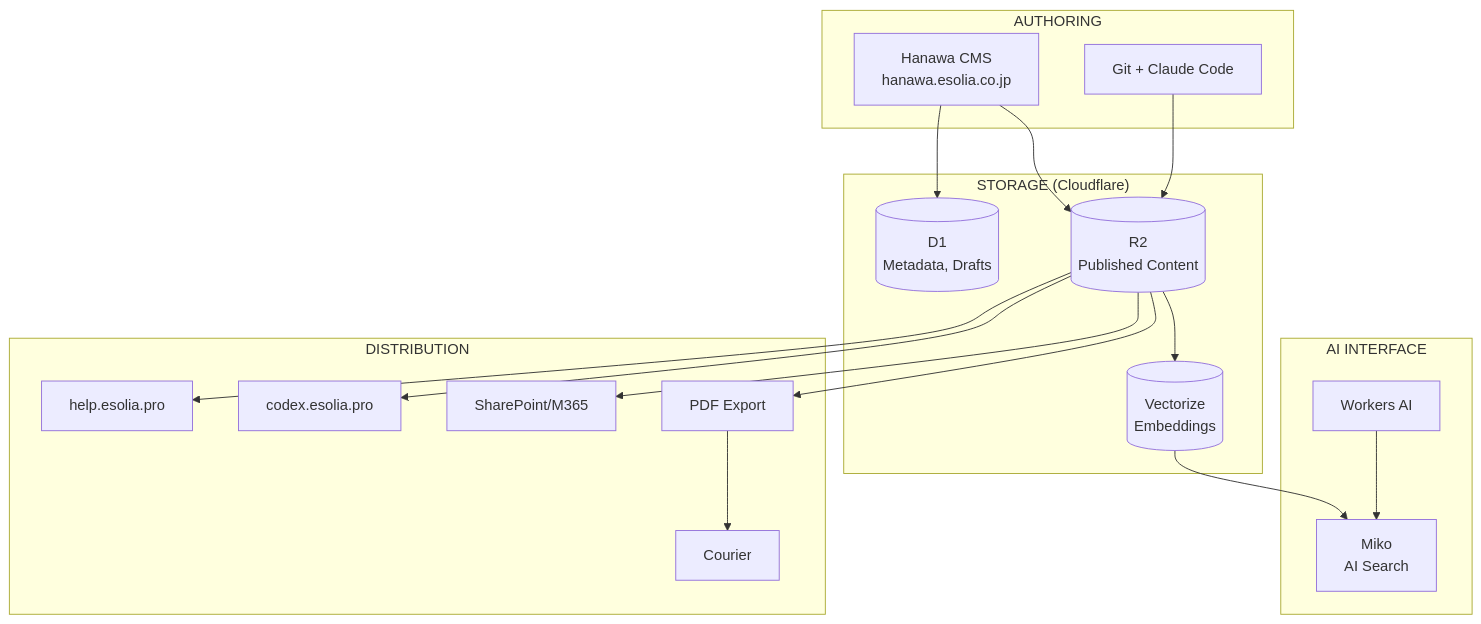
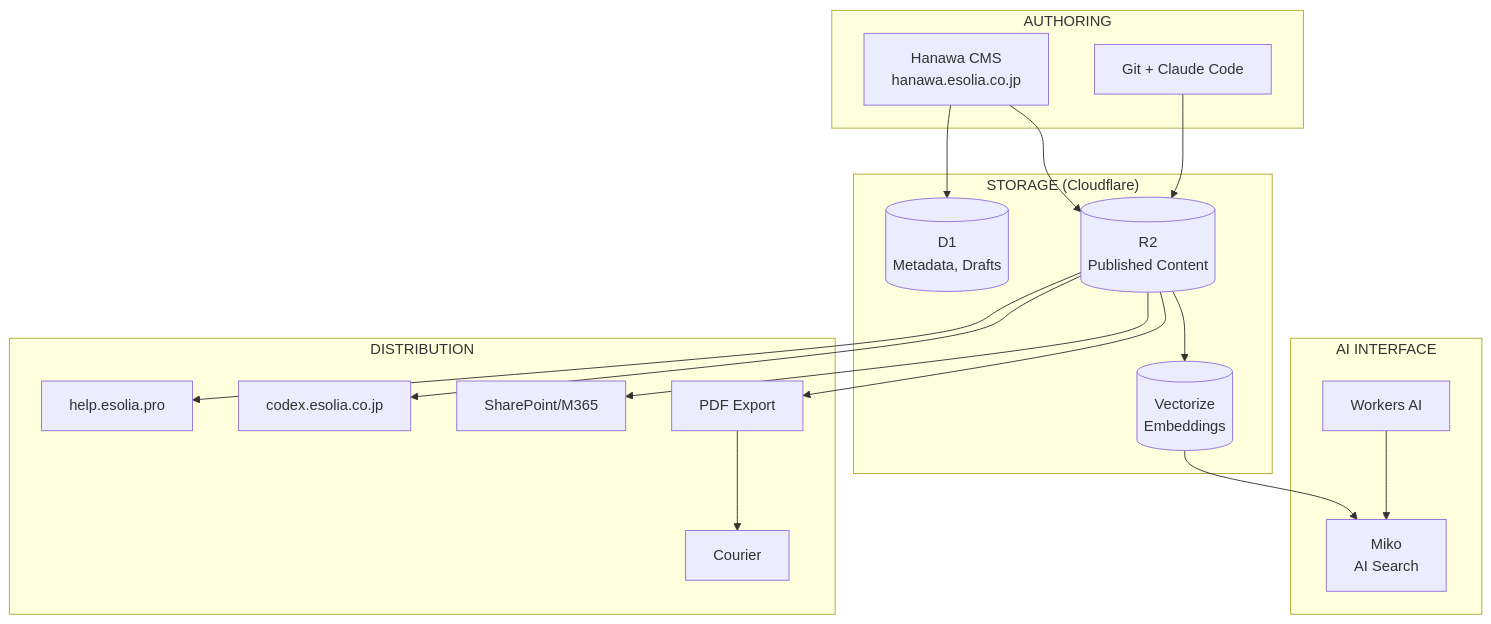
Before and after one commit to eSolia/codex: the diagram in docs/README.md, drawn with Mermaid. The commit also changed 10 other files, not shown here.

````diff
--- a/docs/README.md
+++ b/docs/README.md
@@ -16,38 +16,38 @@
 ```mermaid
 graph TB
     subgraph "AUTHORING"
         H[Hanawa CMS<br/>hanawa.esolia.co.jp]
         G[Git + Claude Code]
     end
 
     subgraph "STORAGE (Cloudflare)"
         D1[(D1<br/>Metadata, Drafts)]
         R2[(R2<br/>Published Content)]
         VEC[(Vectorize<br/>Embeddings)]
     end
 
     subgraph "AI INTERFACE"
         M[Miko<br/>AI Search]
         WAI[Workers AI]
     end
 
     subgraph "DISTRIBUTION"
         HELP[help.esolia.pro]
-        CODEX[codex.esolia.pro]
+        CODEX[codex.esolia.co.jp]
         SP[SharePoint/M365]
         PDF[PDF Export]
         COUR[Courier]
     end
 
     H --> D1
     H --> R2
     G --> R2
     R2 --> VEC
     VEC --> M
     WAI --> M
     R2 --> HELP
     R2 --> CODEX
     R2 --> SP
     R2 --> PDF
     PDF --> COUR
 ```
````
